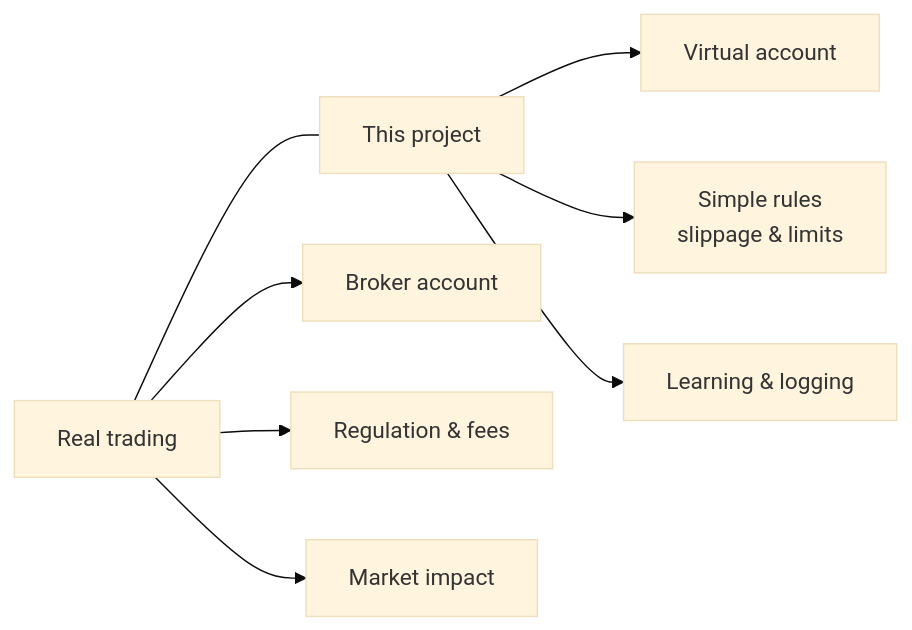
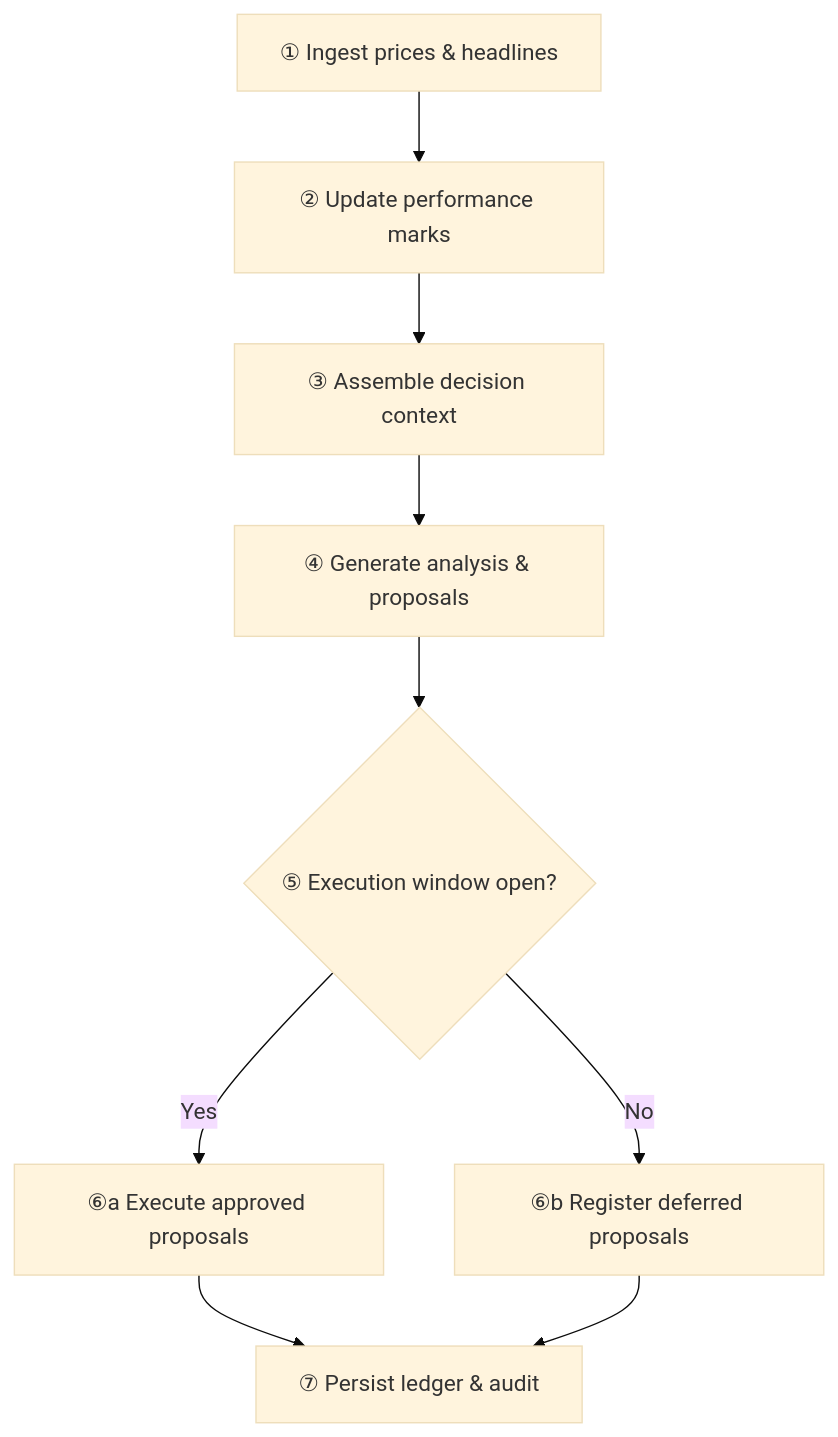
One commit to stavhaco/finance changed the third of 8 diagrams in docs/BUSINESS_OVERVIEW.md. Above: the diagram before and after it, drawn with Mermaid (base theme). The commit also changed other lines of this file, not shown here.

First line of the commit message:
Rewrite business overview: professional tone and linear diagrams

````diff
--- a/docs/BUSINESS_OVERVIEW.md
+++ b/docs/BUSINESS_OVERVIEW.md
@@ -262,10 +106,15 @@
 ```mermaid
-flowchart LR
-    REAL["Real trading"] --- SIM["This project"]
-    REAL --> R1["Broker account"]
-    REAL --> R2["Regulation & fees"]
-    REAL --> R3["Market impact"]
-    SIM --> S1["Virtual account"]
-    SIM --> S2["Simple rules<br/>slippage & limits"]
-    SIM --> S3["Learning & logging"]
+flowchart TD
+    N1["① Ingest prices & headlines"]
+    N2["② Update performance marks"]
+    N3["③ Assemble decision context"]
+    N4["④ Generate analysis & proposals"]
+    N5{"⑤ Execution window open?"}
+    N6["⑥a Execute approved proposals"]
+    N7["⑥b Register deferred proposals"]
+    N8["⑦ Persist ledger & audit"]
+
+    N1 --> N2 --> N3 --> N4 --> N5
+    N5 -->|Yes| N6 --> N8
+    N5 -->|No| N7 --> N8
 ```
````
